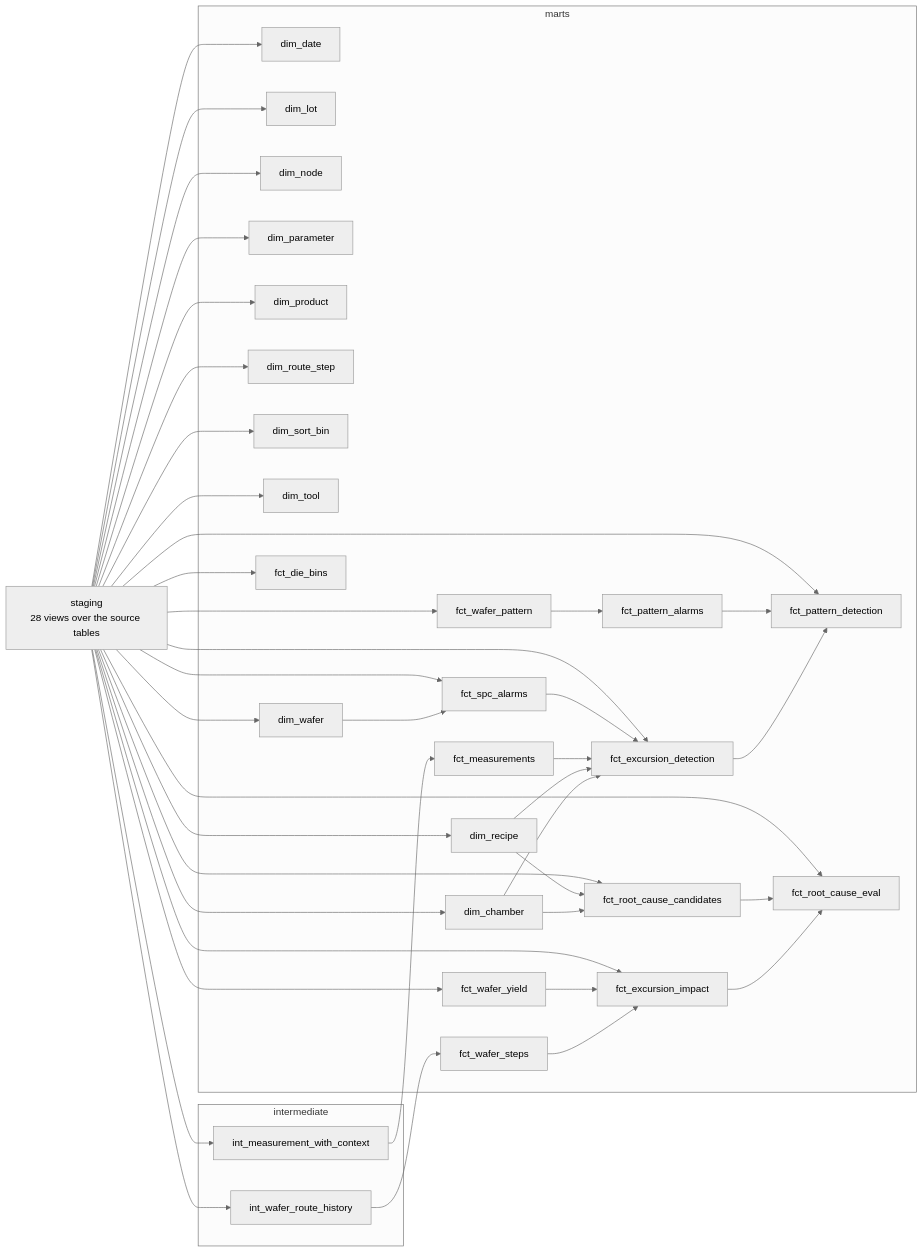
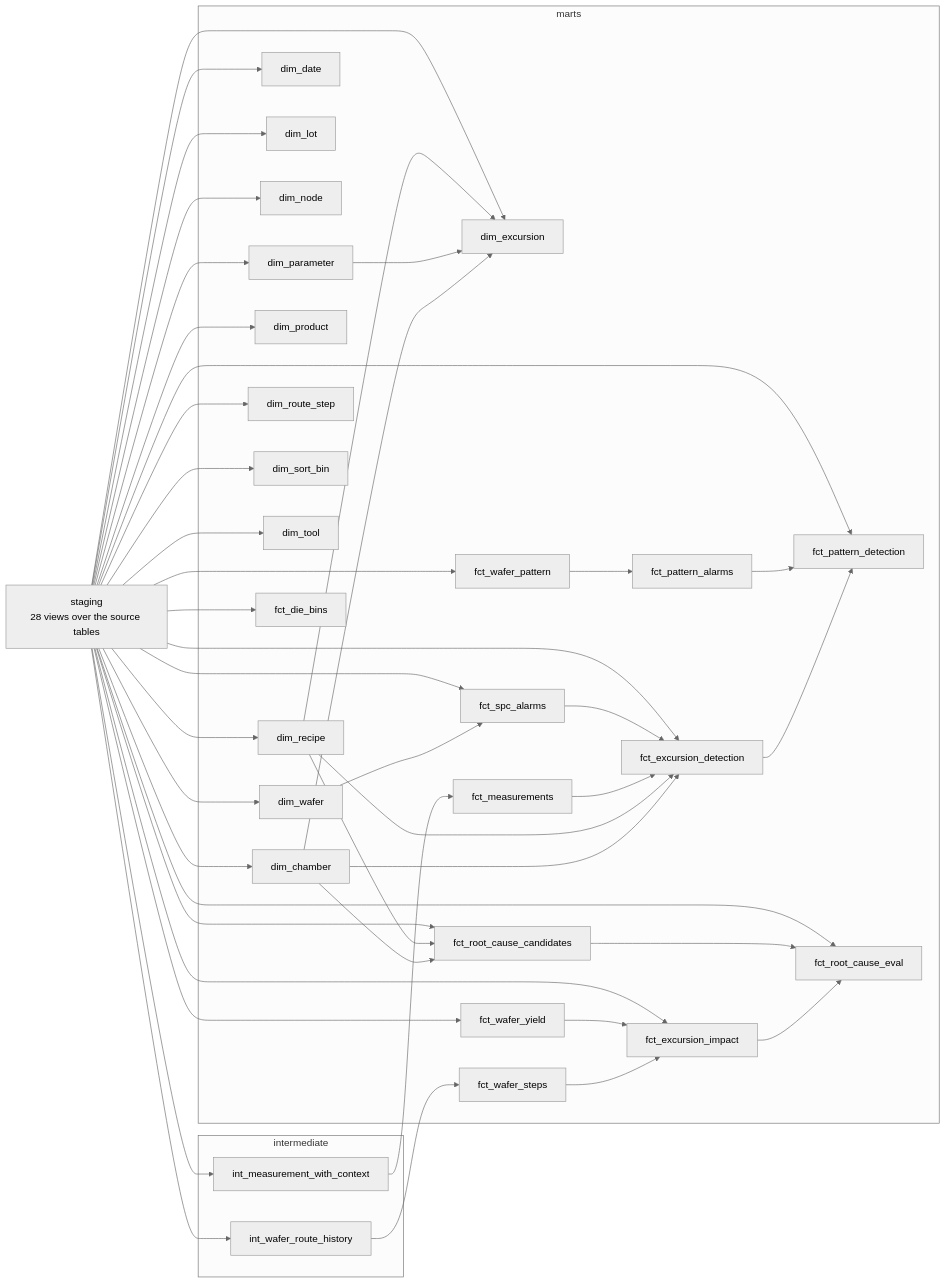
The diagram in docs/dbt.md (anson10/waferLens), drawn with Mermaid (neutral theme) before and after one commit. The commit also changed other lines of this file and 11 other files, not shown here.

First line of the commit message:
feat(powerbi): read-only marts role and dim_excursion for the Power BI model

````diff
--- a/docs/dbt.md
+++ b/docs/dbt.md
@@ -12,71 +12,76 @@
 ```mermaid
 flowchart LR
     staging["staging<br/>28 views over the source tables"]
     subgraph intermediate_layer [intermediate]
         int_measurement_with_context
         int_wafer_route_history
     end
     subgraph marts_layer [marts]
         dim_chamber
         dim_date
+        dim_excursion
         dim_lot
         dim_node
         dim_parameter
         dim_product
         dim_recipe
         dim_route_step
         dim_sort_bin
         dim_tool
         dim_wafer
         fct_die_bins
         fct_excursion_detection
         fct_excursion_impact
         fct_measurements
         fct_pattern_alarms
         fct_pattern_detection
         fct_root_cause_candidates
         fct_root_cause_eval
         fct_spc_alarms
         fct_wafer_pattern
         fct_wafer_steps
         fct_wafer_yield
     end
+    dim_chamber --> dim_excursion
     dim_chamber --> fct_excursion_detection
     dim_chamber --> fct_root_cause_candidates
+    dim_parameter --> dim_excursion
+    dim_recipe --> dim_excursion
     dim_recipe --> fct_excursion_detection
     dim_recipe --> fct_root_cause_candidates
     dim_wafer --> fct_spc_alarms
     fct_excursion_detection --> fct_pattern_detection
     fct_excursion_impact --> fct_root_cause_eval
     fct_measurements --> fct_excursion_detection
     fct_pattern_alarms --> fct_pattern_detection
     fct_root_cause_candidates --> fct_root_cause_eval
     fct_spc_alarms --> fct_excursion_detection
     fct_wafer_pattern --> fct_pattern_alarms
     fct_wafer_steps --> fct_excursion_impact
     fct_wafer_yield --> fct_excursion_impact
     int_measurement_with_context --> fct_measurements
     int_wafer_route_history --> fct_wafer_steps
     staging --> dim_chamber
     staging --> dim_date
+    staging --> dim_excursion
     staging --> dim_lot
     staging --> dim_node
     staging --> dim_parameter
     staging --> dim_product
     staging --> dim_recipe
     staging --> dim_route_step
     staging --> dim_sort_bin
     staging --> dim_tool
     staging --> dim_wafer
     staging --> fct_die_bins
     staging --> fct_excursion_detection
     staging --> fct_excursion_impact
     staging --> fct_pattern_detection
     staging --> fct_root_cause_candidates
     staging --> fct_root_cause_eval
     staging --> fct_spc_alarms
     staging --> fct_wafer_pattern
     staging --> fct_wafer_yield
     staging --> int_measurement_with_context
     staging --> int_wafer_route_history
 ```
````
